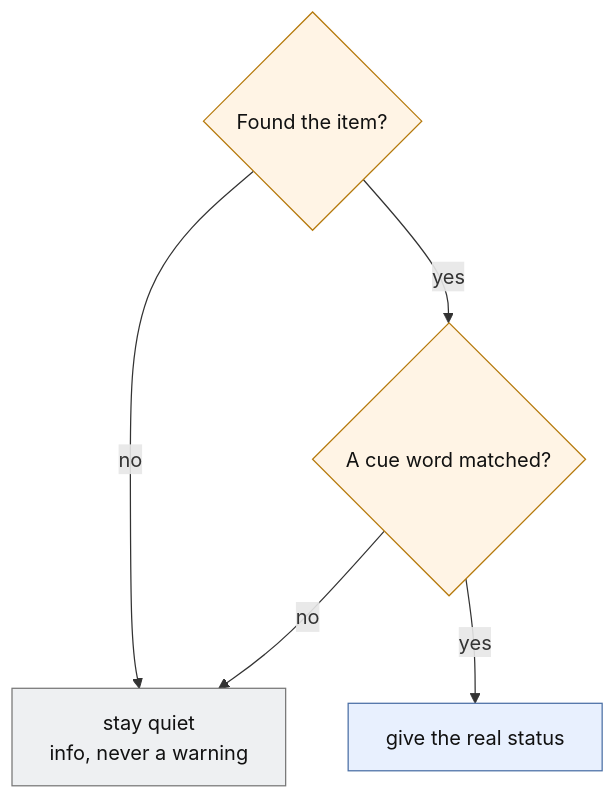
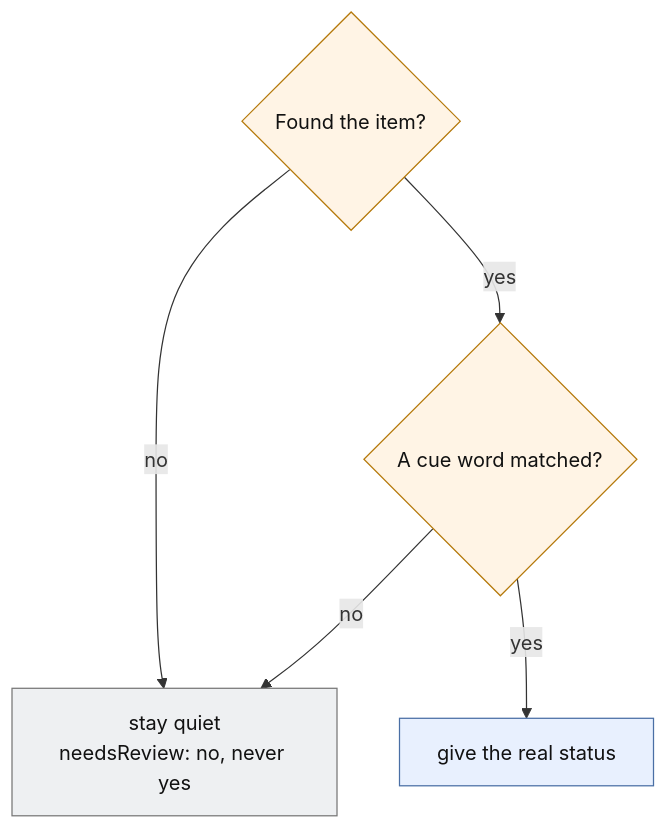
One commit to uiqvb/affinda-resume-enricher changed the third of 3 diagrams in docs/HOW_IT_WORKS.md. Above: the diagram before and after it, drawn with Mermaid. The commit also changed other lines of this file and 21 other files, not shown here.

First line of the commit message:
Rename severity field to needsReview (yes/no)

````diff
--- a/docs/HOW_IT_WORKS.md
+++ b/docs/HOW_IT_WORKS.md
@@ -138,10 +138,10 @@
 ```mermaid
 flowchart TD
-    A{"Found the item?"}:::q -->|"no"| Q["stay quiet<br/>info, never a warning"]:::g
+    A{"Found the item?"}:::q -->|"no"| Q["stay quiet<br/>needsReview: no, never yes"]:::g
     A -->|"yes"| B{"A cue word matched?"}:::q
     B -->|"no"| Q
     B -->|"yes"| S["give the real status"]:::b
     classDef q fill:#fff4e5,stroke:#b5790b,color:#111
     classDef g fill:#eef0f2,stroke:#777,color:#111
     classDef b fill:#e8f0fe,stroke:#4a6fa5,color:#111
 ```
````
